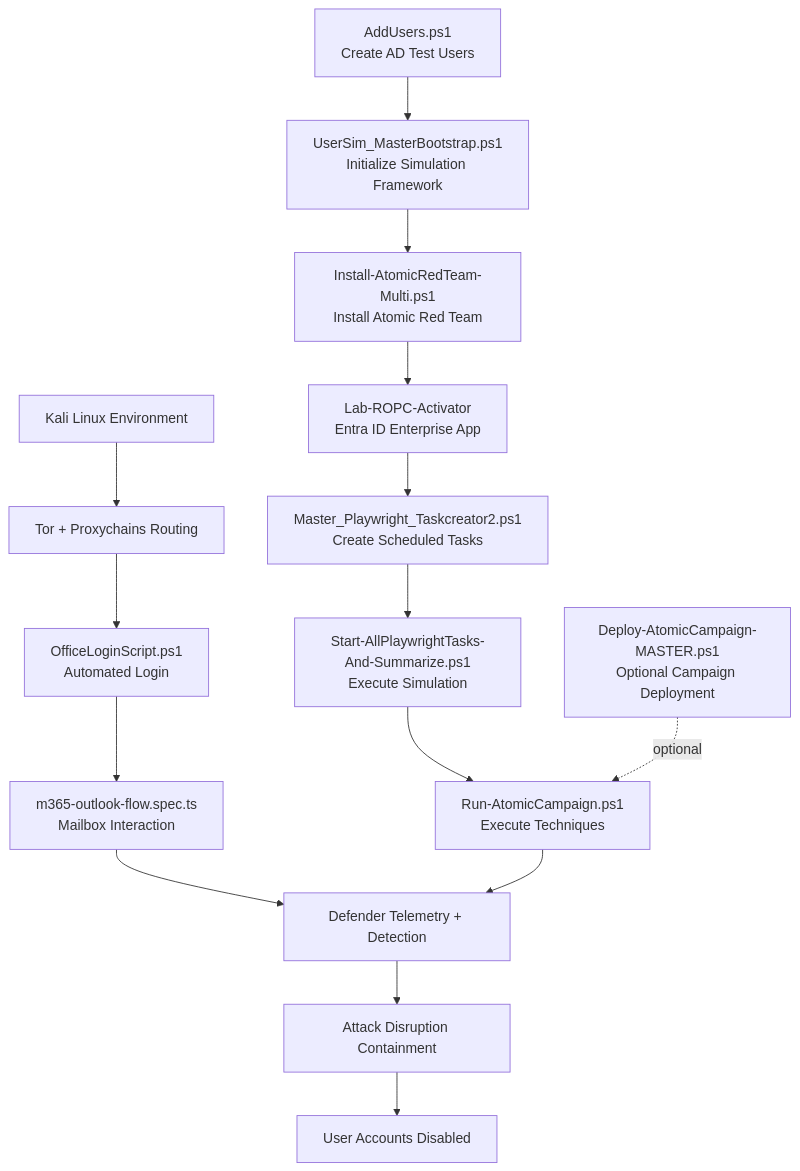
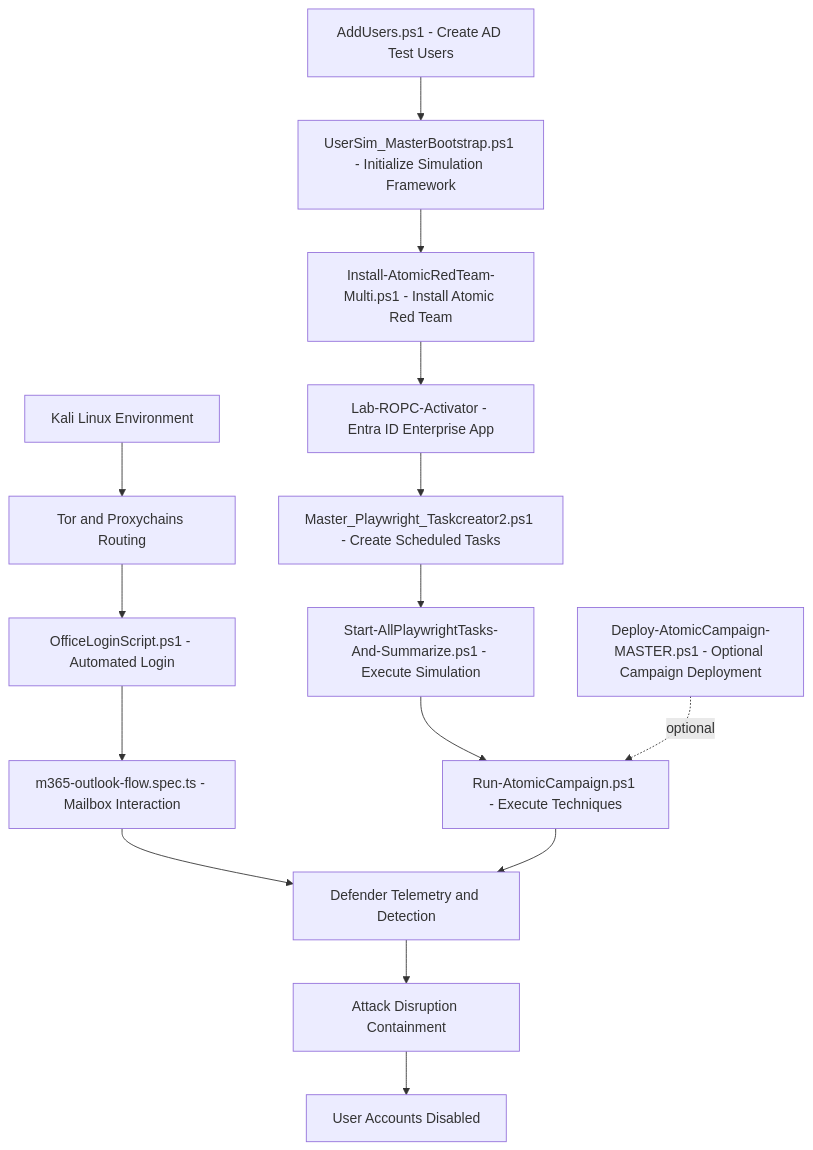
The first of 3 diagrams in README.md (tk-nub/autonomous-defense-induced-disruption-lab), drawn with Mermaid before and after one commit. The commit also changed other lines of this file, not shown here.

````diff
--- a/README.md
+++ b/README.md
@@ -6,57 +10,32 @@
 ```mermaid
 flowchart TD
 
-    %% ========================
-    %% Infrastructure Setup
-    %% ========================
-    A[AddUsers.ps1<br>Create AD Test Users]
-    B[UserSim_MasterBootstrap.ps1<br>Initialize Simulation Framework]
-    C[Install-AtomicRedTeam-Multi.ps1<br>Install Atomic Red Team]
+A[AddUsers.ps1 - Create AD Test Users]
+B[UserSim_MasterBootstrap.ps1 - Initialize Simulation Framework]
+C[Install-AtomicRedTeam-Multi.ps1 - Install Atomic Red Team]
 
-    %% ========================
-    %% Identity Configuration
-    %% ========================
-    D[Lab-ROPC-Activator<br>Entra ID Enterprise App]
+D[Lab-ROPC-Activator - Entra ID Enterprise App]
 
-    %% ========================
-    %% Windows User Simulation
-    %% ========================
-    E[Master_Playwright_Taskcreator2.ps1<br>Create Scheduled Tasks]
-    F[Start-AllPlaywrightTasks-And-Summarize.ps1<br>Execute Simulation]
+E[Master_Playwright_Taskcreator2.ps1 - Create Scheduled Tasks]
+F[Start-AllPlaywrightTasks-And-Summarize.ps1 - Execute Simulation]
 
-    %% ========================
-    %% External Simulation
-    %% ========================
-    G[Kali Linux Environment]
-    H[OfficeLoginScript.ps1<br>Automated Login]
-    I[m365-outlook-flow.spec.ts<br>Mailbox Interaction]
-    J[Tor + Proxychains Routing]
+G[Kali Linux Environment]
+H[OfficeLoginScript.ps1 - Automated Login]
+I[m365-outlook-flow.spec.ts - Mailbox Interaction]
+J[Tor and Proxychains Routing]
 
-    %% ========================
-    %% Adversarial Activity
-    %% ========================
-    K[Run-AtomicCampaign.ps1<br>Execute Techniques]
+K[Run-AtomicCampaign.ps1 - Execute Techniques]
 
-    %% ========================
-    %% Defender Response
-    %% ========================
-    L[Defender Telemetry + Detection]
-    M[Attack Disruption Containment]
-    N[User Accounts Disabled]
+L[Defender Telemetry and Detection]
+M[Attack Disruption Containment]
+N[User Accounts Disabled]
 
-    %% ========================
-    %% Optional Deployment
-    %% ========================
-    O[Deploy-AtomicCampaign-MASTER.ps1<br>Optional Campaign Deployment]
+O[Deploy-AtomicCampaign-MASTER.ps1 - Optional Campaign Deployment]
 
-    %% ========================
-    %% Flow Relationships
-    %% ========================
+A --> B --> C --> D --> E --> F
+F --> K
+G --> J --> H --> I --> L
+K --> L --> M --> N
 
-    A --> B --> C --> D --> E --> F
-    F --> K
-    G --> J --> H --> I --> L
-    K --> L --> M --> N
-
-    O -. optional .-> K
+O -. optional .-> K
 ```
````
